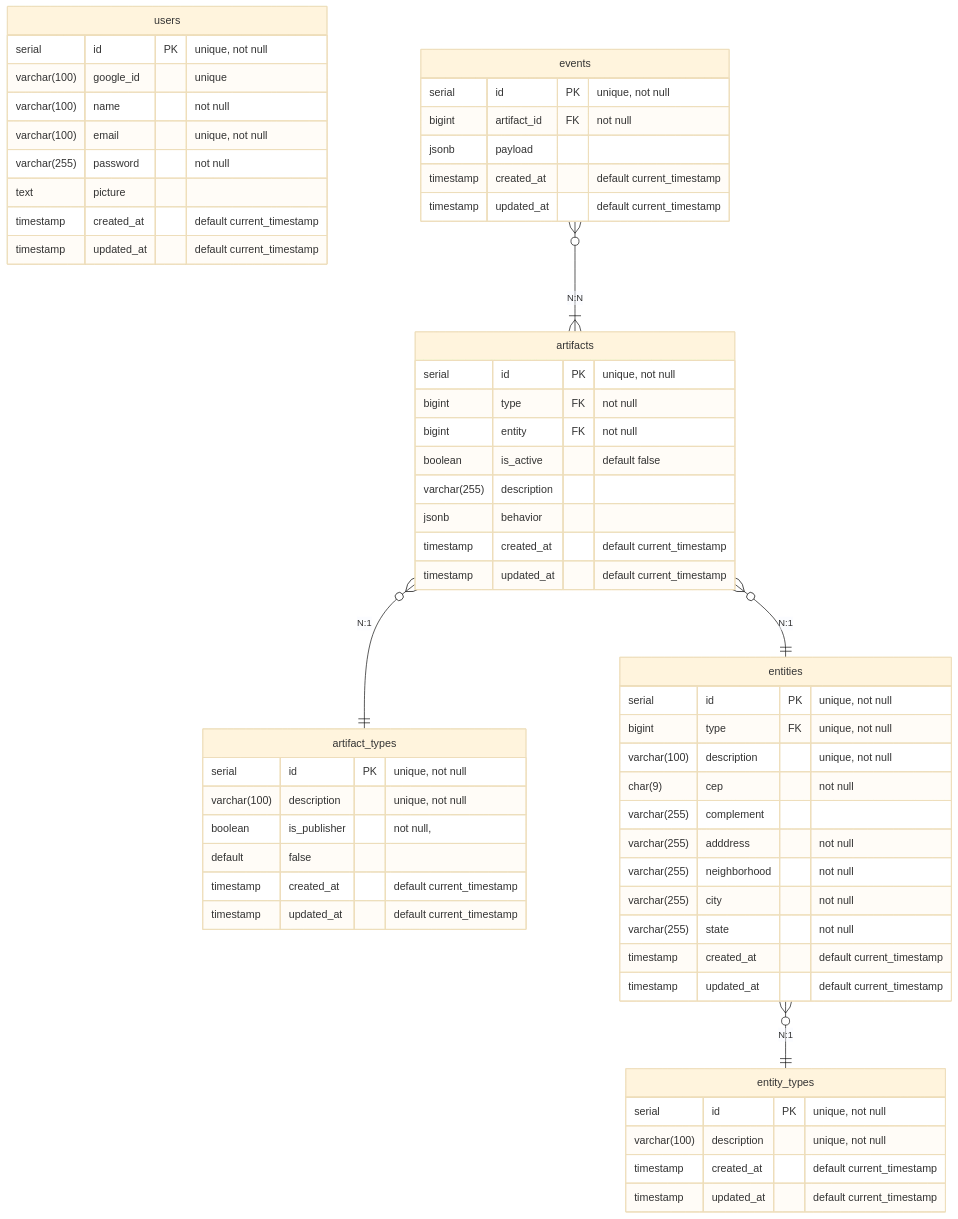
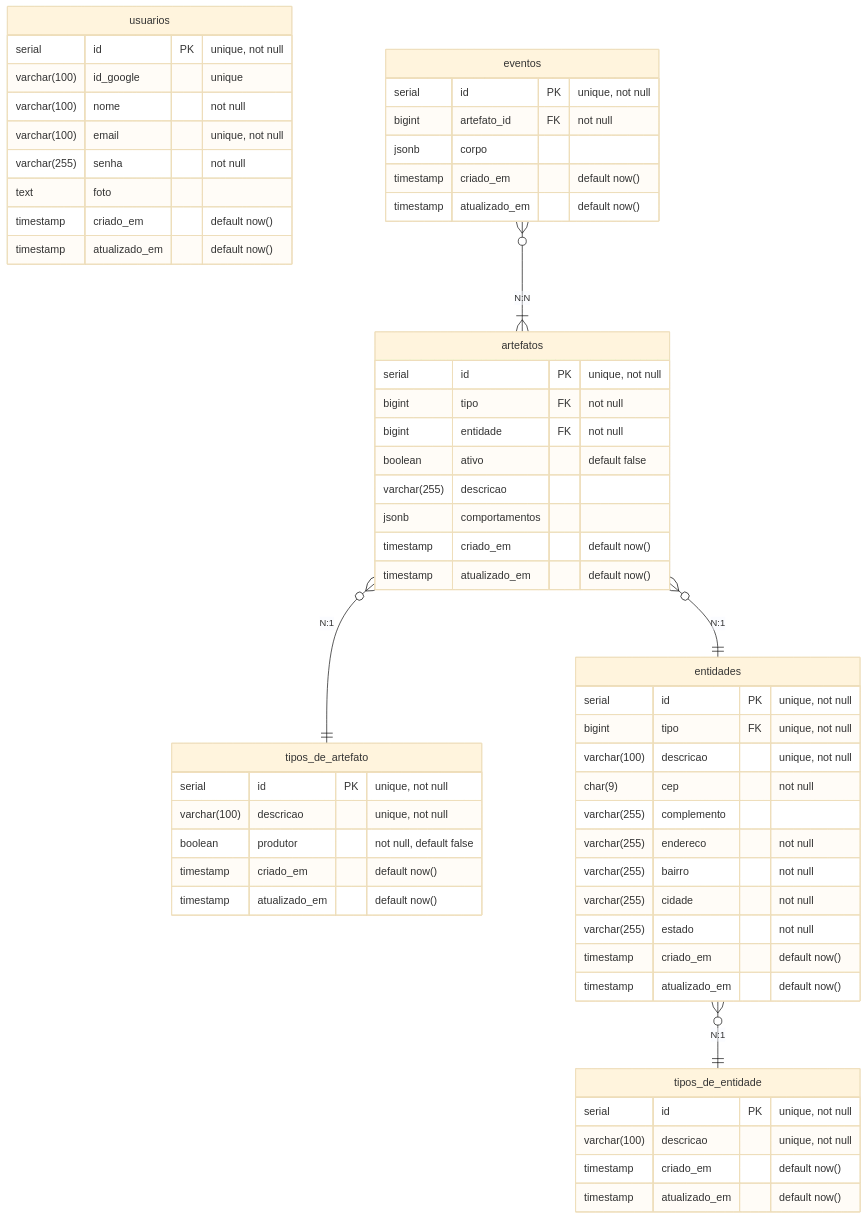
The fifth of 5 diagrams in docs/diagramas.md (DSM-FATEC/fatec_dsm_pi_quinto_semestre), drawn with Mermaid (base theme) before and after one commit. The commit also changed other lines of this file and 4 other files, not shown here.

````diff
--- a/docs/diagramas.md
+++ b/docs/diagramas.md
@@ -184,66 +184,66 @@
 ```mermaid
 erDiagram
-    users {
+    usuarios {
         serial id PK "unique, not null"
-        varchar(100) google_id "unique"
-        varchar(100) name "not null"
+        varchar(100) id_google "unique"
+        varchar(100) nome "not null"
         varchar(100) email "unique, not null"
-        varchar(255) password "not null"
-        text picture
-        timestamp created_at "default current_timestamp"
-        timestamp updated_at "default current_timestamp"
+        varchar(255) senha "not null"
+        text foto
+        timestamp criado_em "default now()"
+        timestamp atualizado_em "default now()"
     }
 
-    artifact_types {
+    tipos_de_artefato {
         serial id PK "unique, not null"
-        varchar(100) description "unique, not null"
-        boolean is_publisher "not null, "default false""
-        timestamp created_at "default current_timestamp"
-        timestamp updated_at "default current_timestamp"
+        varchar(100) descricao "unique, not null"
+        boolean produtor "not null, default false"
+        timestamp criado_em "default now()"
+        timestamp atualizado_em "default now()"
     }
 
-    artifacts {
+    artefatos {
         serial id PK "unique, not null"
-        bigint type FK "not null"
-        bigint entity FK "not null"
-        boolean is_active "default false"
-        varchar(255) description
-        jsonb behavior
-        timestamp created_at "default current_timestamp"
-        timestamp updated_at "default current_timestamp"
+        bigint tipo FK "not null"
+        bigint entidade FK "not null"
+        boolean ativo "default false"
+        varchar(255) descricao
+        jsonb comportamentos
+        timestamp criado_em "default now()"
+        timestamp atualizado_em "default now()"
     }
 
-    events {
+    eventos {
         serial id PK "unique, not null"
-        bigint artifact_id FK "not null"
-        jsonb payload
-        timestamp created_at "default current_timestamp"
-        timestamp updated_at "default current_timestamp"
+        bigint artefato_id FK "not null"
+        jsonb corpo
+        timestamp criado_em "default now()"
+        timestamp atualizado_em "default now()"
     }
 
-    entity_types {
+    tipos_de_entidade {
         serial id PK "unique, not null"
-        varchar(100) description "unique, not null"
-        timestamp created_at "default current_timestamp"
-        timestamp updated_at "default current_timestamp"
+        varchar(100) descricao "unique, not null"
+        timestamp criado_em "default now()"
+        timestamp atualizado_em "default now()"
     }
 
-    entities {
+    entidades {
         serial id PK "unique, not null"
-        bigint type FK "unique, not null"
-        varchar(100) description "unique, not null"
+        bigint tipo FK "unique, not null"
+        varchar(100) descricao "unique, not null"
         char(9) cep "not null"
-        varchar(255) complement
-        varchar(255) adddress "not null"
-        varchar(255) neighborhood "not null"
-        varchar(255) city "not null"
-        varchar(255) state "not null"
-        timestamp created_at "default current_timestamp"
-        timestamp updated_at "default current_timestamp"
+        varchar(255) complemento
+        varchar(255) endereco "not null"
+        varchar(255) bairro "not null"
+        varchar(255) cidade "not null"
+        varchar(255) estado "not null"
+        timestamp criado_em "default now()"
+        timestamp atualizado_em "default now()"
     }
 
-    artifacts }o--|| artifact_types : "N:1"
-    entities }o--|| entity_types : "N:1"
-    artifacts }o--|| entities : "N:1"
-    events }o--|{ artifacts : "N:N"
+    artefatos }o--|| tipos_de_artefato : "N:1"
+    entidades }o--|| tipos_de_entidade : "N:1"
+    artefatos }o--|| entidades : "N:1"
+    eventos }o--|{ artefatos : "N:N"
 ```
````
